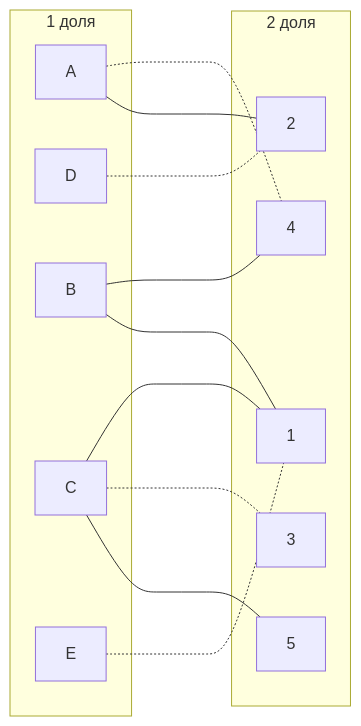
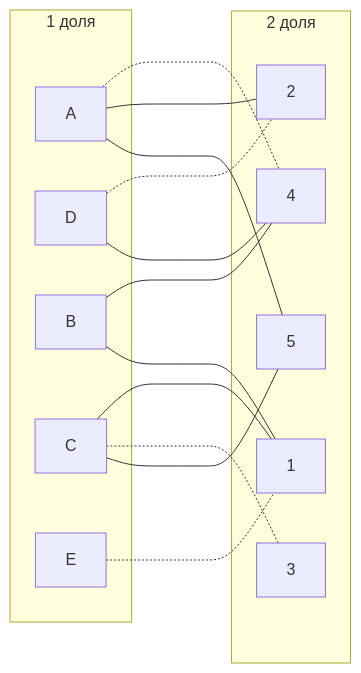
The sixth of 9 diagrams in task_13/gigacode_task_13.md (HSE-algo-23-crow/manual_tasks), drawn with Mermaid before and after one commit. The commit also changed other lines of this file, not shown here.

````diff
--- a/task_13/gigacode_task_13.md
+++ b/task_13/gigacode_task_13.md
@@ -188,26 +189,28 @@
 ```mermaid
 graph LR
     subgraph "1 доля"
         A[A]
         D[D]
         B[B]
         C[C]
         E[E]
     end
     subgraph "2 доля"
         1[1]
         2[2]
         3[3]
         4[4]
         5[5]
     end
     A -..- 4
     A ---- 2
+    A ---- 5
     B ---- 4
     B ---- 1
     C ---- 1
     C -..- 3
     C ---- 5
     D -..- 2
+    D ---- 4
     E -..- 1
 ```
````
